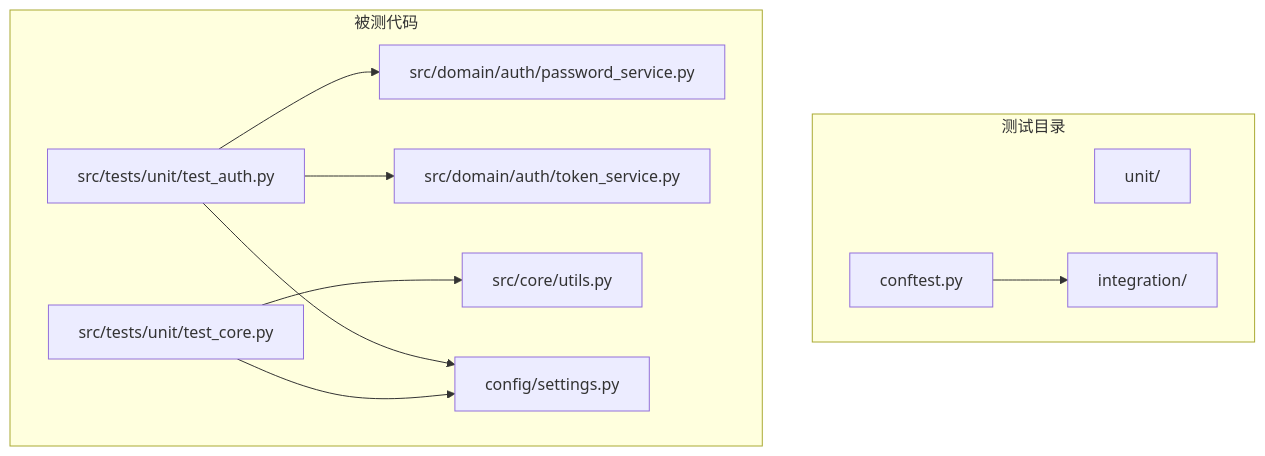
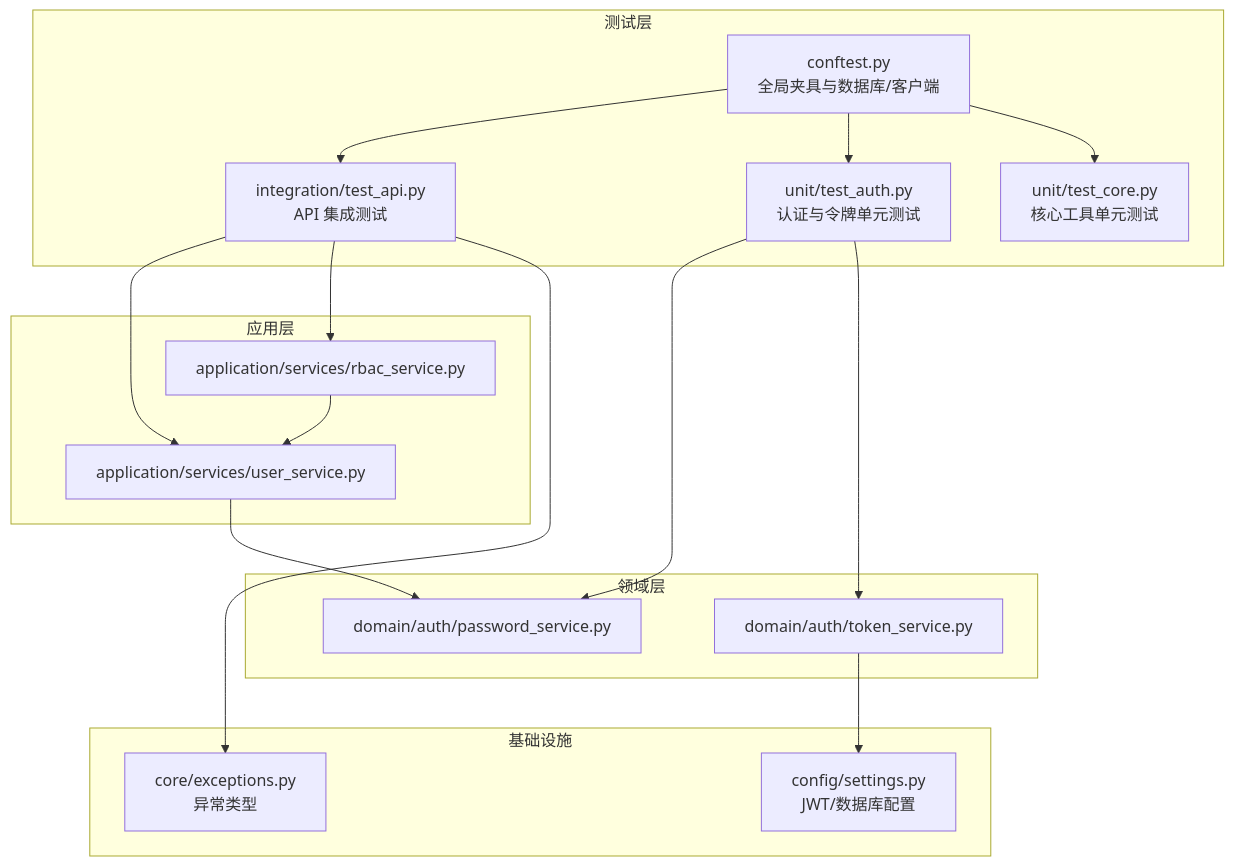
One commit to taoweidong/Hello-FastApi changed the first of 7 diagrams in .qoder/repowiki/zh/content/测试策略/单元测试.md. Above: the diagram before and after it, drawn with Mermaid. The commit also changed other lines of this file and 119 other files, not shown here.

````diff
--- a/.qoder/repowiki/zh/content/测试策略/单元测试.md
+++ b/.qoder/repowiki/zh/content/测试策略/单元测试.md
@@ -42,22 +40,32 @@
 ```mermaid
 graph TB
-subgraph "测试目录"
-U["unit/"]
-I["integration/"]
-C["conftest.py"]
+subgraph "测试层"
+CF["conftest.py<br/>全局夹具与数据库/客户端"]
+U1["unit/test_auth.py<br/>认证与令牌单元测试"]
+U2["unit/test_core.py<br/>核心工具单元测试"]
+I1["integration/test_api.py<br/>API 集成测试"]
 end
-subgraph "被测代码"
-P["src/domain/auth/password_service.py"]
-T["src/domain/auth/token_service.py"]
-U1["src/tests/unit/test_auth.py"]
-U2["src/tests/unit/test_core.py"]
-S["config/settings.py"]
-UT["src/core/utils.py"]
+subgraph "应用层"
+US["application/services/user_service.py"]
+RS["application/services/rbac_service.py"]
 end
-U1 --> P
-U1 --> T
-U2 --> UT
-U1 --> S
-U2 --> S
-C --> I
+subgraph "领域层"
+PS["domain/auth/password_service.py"]
+TS["domain/auth/token_service.py"]
+end
+subgraph "基础设施"
+ST["config/settings.py<br/>JWT/数据库配置"]
+EX["core/exceptions.py<br/>异常类型"]
+end
+CF --> I1
+CF --> U1
+CF --> U2
+I1 --> US
+I1 --> RS
+U1 --> PS
+U1 --> TS
+TS --> ST
+US --> PS
+RS --> US
+I1 --> EX
 ```
````
